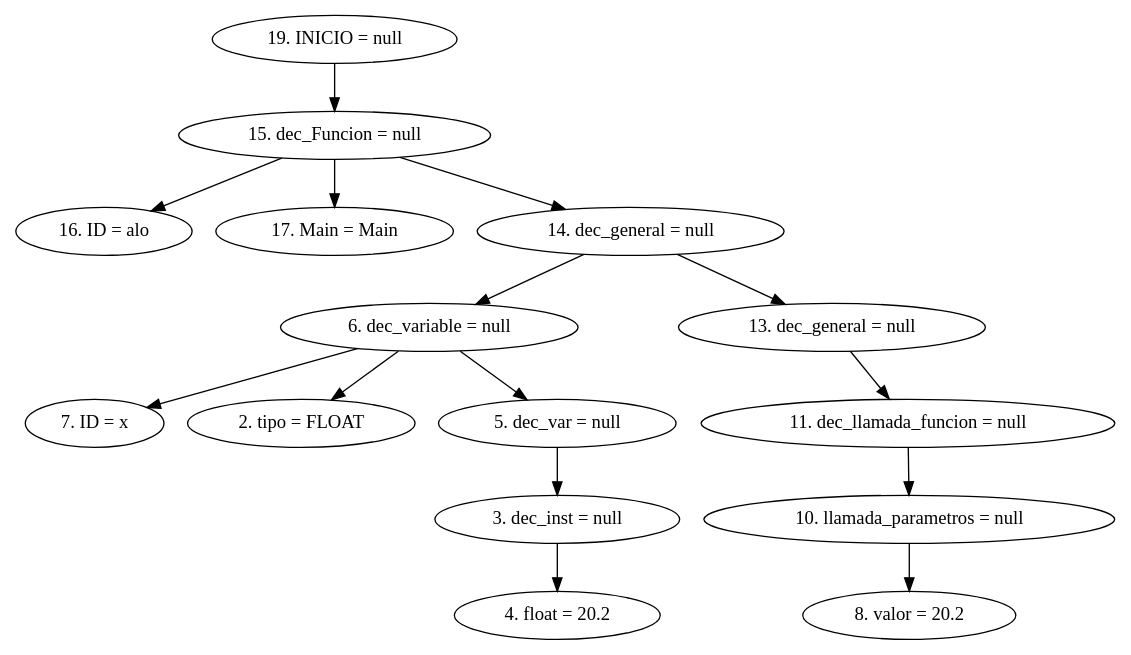
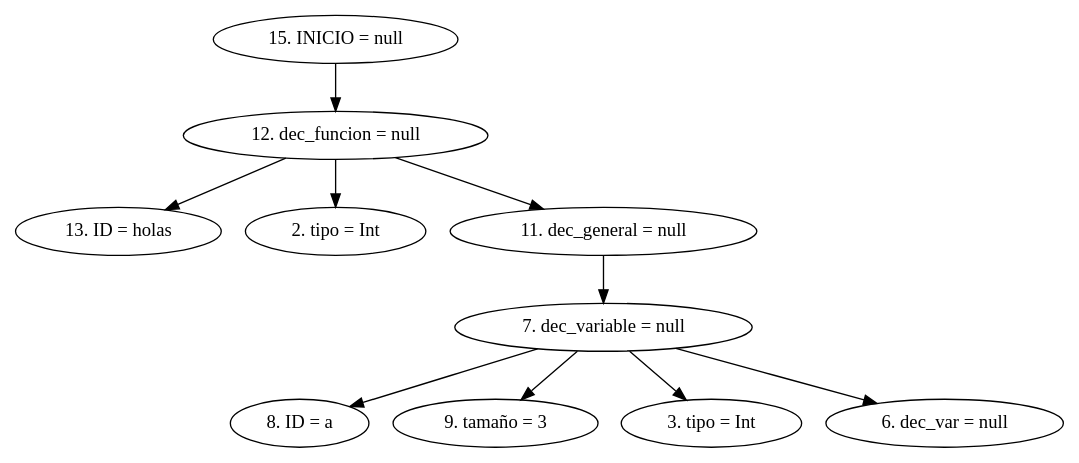
One commit to CarlosSosVos/NACHTs changed the diagram in AST.dot. Above: the diagram before and after it, drawn with Graphviz. The commit also changed 7 other files, not shown here.

```diff
--- a/AST.dot
+++ b/AST.dot
@@ -1,18 +1,13 @@
 digraph G {
-"19. INICIO = null"->"15. dec_Funcion = null"
-"15. dec_Funcion = null"->"16. ID = alo"
-"15. dec_Funcion = null"->"17. Main = Main"
-"15. dec_Funcion = null"->"14. dec_general = null"
-"14. dec_general = null"->"6. dec_variable = null"
-"6. dec_variable = null"->"7. ID = x"
-"6. dec_variable = null"->"2. tipo = FLOAT"
-"6. dec_variable = null"->"5. dec_var = null"
-"5. dec_var = null"->"3. dec_inst = null"
-"3. dec_inst = null"->"4. float = 20.2"
-"14. dec_general = null"->"13. dec_general = null"
-"13. dec_general = null"->"11. dec_llamada_funcion = null"
-"11. dec_llamada_funcion = null"->"10. llamada_parametros = null"
-"10. llamada_parametros = null"->"8. valor = 20.2"
+"15. INICIO = null"->"12. dec_funcion = null"
+"12. dec_funcion = null"->"13. ID = holas"
+"12. dec_funcion = null"->"2. tipo = Int"
+"12. dec_funcion = null"->"11. dec_general = null"
+"11. dec_general = null"->"7. dec_variable = null"
+"7. dec_variable = null"->"8. ID = a"
+"7. dec_variable = null"->"9. tamaño = 3"
+"7. dec_variable = null"->"3. tipo = Int"
+"7. dec_variable = null"->"6. dec_var = null"
 
 
 }
```
